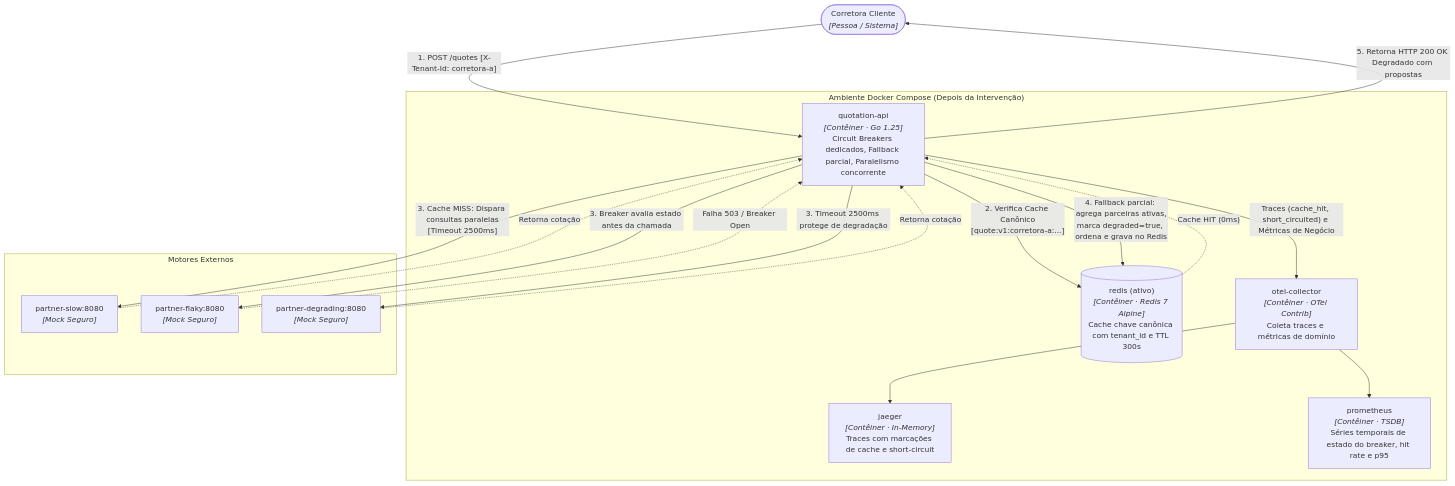
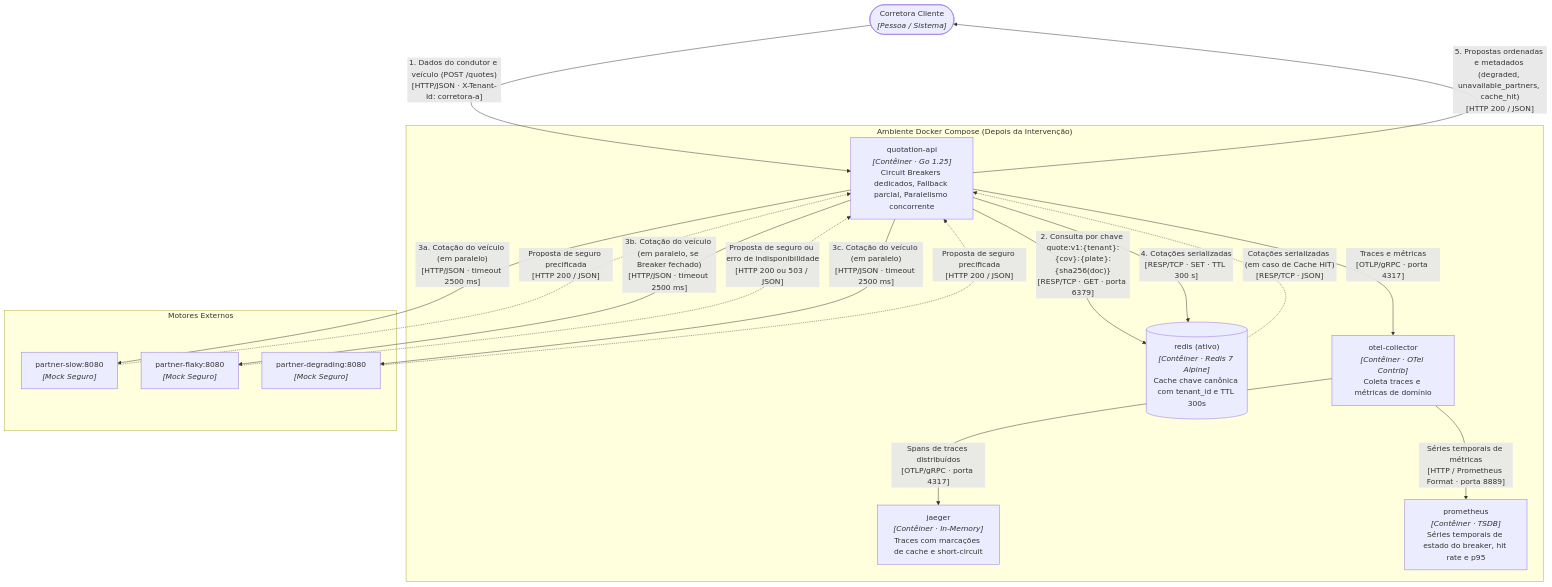
The third of 5 diagrams in docs/sad.md (DaniloNogueira-Silva/mba_arquitetura_desafio_cotacao_seguros), drawn with Mermaid before and after one commit. The commit also changed other lines of this file, not shown here.

Commit message:
docs: add comprehensive Solution Architecture Document (SAD) for Prumo Cota platform

````diff
--- a/docs/sad.md
+++ b/docs/sad.md
@@ -126,37 +126,37 @@
 ```mermaid
 flowchart TD
     broker(["Corretora Cliente<br/><i>[Pessoa / Sistema]</i>"])
 
     subgraph ResilientEnv ["Ambiente Docker Compose (Depois da Intervenção)"]
         api["quotation-api<br/><i>[Contêiner · Go 1.25]</i><br/>Circuit Breakers dedicados, Fallback parcial, Paralelismo concorrente"]
         redis[("redis (ativo)<br/><i>[Contêiner · Redis 7 Alpine]</i><br/>Cache chave canônica com tenant_id e TTL 300s")]
         collector["otel-collector<br/><i>[Contêiner · OTel Contrib]</i><br/>Coleta traces e métricas de domínio"]
         jaeger["jaeger<br/><i>[Contêiner · In-Memory]</i><br/>Traces com marcações de cache e short-circuit"]
         prometheus["prometheus<br/><i>[Contêiner · TSDB]</i><br/>Séries temporais de estado do breaker, hit rate e p95"]
     end
 
     subgraph Partners ["Motores Externos"]
         pSlow["partner-slow:8080<br/><i>[Mock Seguro]</i>"]
         pFlaky["partner-flaky:8080<br/><i>[Mock Seguro]</i>"]
         pDegrading["partner-degrading:8080<br/><i>[Mock Seguro]</i>"]
     end
 
-    broker -- "1. POST /quotes [X-Tenant-Id: corretora-a]" --> api
-    api -- "2. Verifica Cache Canônico<br/>[quote:v1:corretora-a:...]" --> redis
-    redis -. "Cache HIT (0ms)" .-> api
+    broker -- "1. Dados do condutor e veículo (POST /quotes)<br/>[HTTP/JSON · X-Tenant-Id: corretora-a]" --> api
+    api -- "2. Consulta por chave quote:v1:{tenant}:{cov}:{plate}:{sha256(doc)}<br/>[RESP/TCP · GET · porta 6379]" --> redis
+    redis -. "Cotações serializadas (em caso de Cache HIT)<br/>[RESP/TCP · JSON]" .-> api
     
-    api -- "3. Cache MISS: Dispara consultas paralelas<br/>[Timeout 2500ms]" --> pSlow
-    api -- "3. Breaker avalia estado antes da chamada" --> pFlaky
-    api -- "3. Timeout 2500ms protege de degradação" --> pDegrading
+    api -- "3a. Cotação do veículo (em paralelo)<br/>[HTTP/JSON · timeout 2500 ms]" --> pSlow
+    api -- "3b. Cotação do veículo (em paralelo, se Breaker fechado)<br/>[HTTP/JSON · timeout 2500 ms]" --> pFlaky
+    api -- "3c. Cotação do veículo (em paralelo)<br/>[HTTP/JSON · timeout 2500 ms]" --> pDegrading
 
-    pFlaky -. "Falha 503 / Breaker Open" .-> api
-    pSlow -. "Retorna cotação" .-> api
-    pDegrading -. "Retorna cotação" .-> api
+    pFlaky -. "Proposta de seguro ou erro de indisponibilidade<br/>[HTTP 200 ou 503 / JSON]" .-> api
+    pSlow -. "Proposta de seguro precificada<br/>[HTTP 200 / JSON]" .-> api
+    pDegrading -. "Proposta de seguro precificada<br/>[HTTP 200 / JSON]" .-> api
 
-    api -- "4. Fallback parcial: agrega parceiras ativas,<br/>marca degraded=true, ordena e grava no Redis" --> redis
-    api -- "5. Retorna HTTP 200 OK Degradado com propostas" --> broker
+    api -- "4. Cotações serializadas<br/>[RESP/TCP · SET · TTL 300 s]" --> redis
+    api -- "5. Propostas ordenadas e metadados (degraded, unavailable_partners, cache_hit)<br/>[HTTP 200 / JSON]" --> broker
 
-    api -- "Traces (cache_hit, short_circuited) e Métricas de Negócio" --> collector
-    collector --> jaeger
-    collector --> prometheus
+    api -- "Traces e métricas<br/>[OTLP/gRPC · porta 4317]" --> collector
+    collector -- "Spans de traces distribuídos<br/>[OTLP/gRPC · porta 4317]" --> jaeger
+    collector -- "Séries temporais de métricas<br/>[HTTP / Prometheus Format · porta 8889]" --> prometheus
 ```
````
